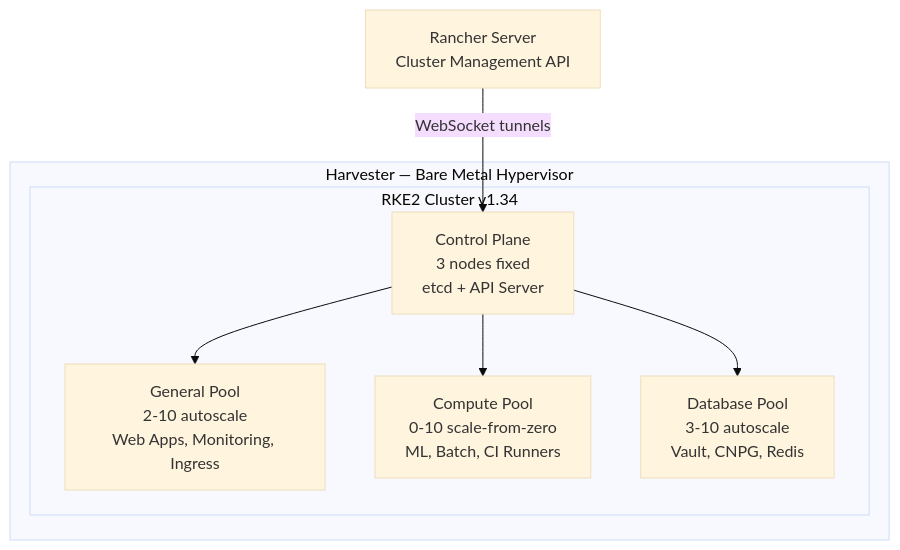
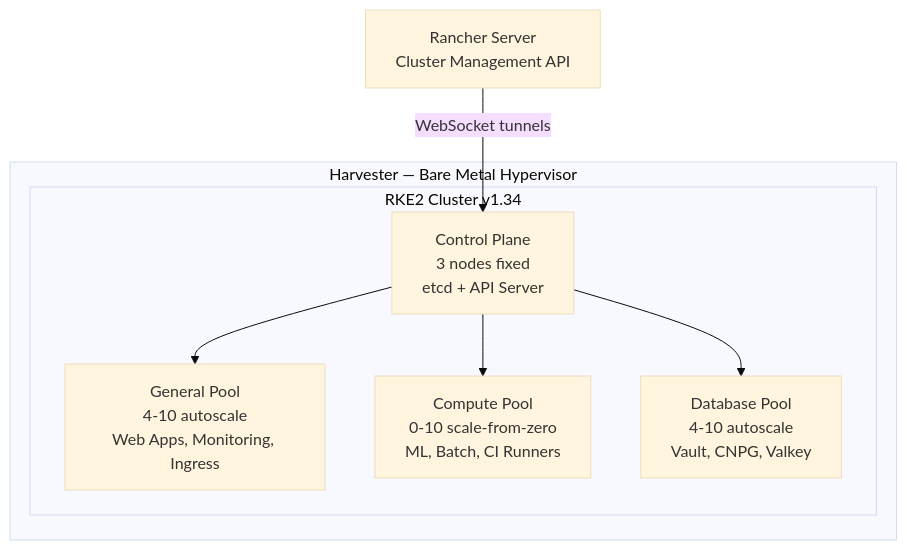
The first of 2 diagrams in README.md (derhornspieler/harvester-rke2-platform), drawn with Mermaid (base theme) before and after one commit. The commit also changed other lines of this file and 40 other files, not shown here.

````diff
--- a/README.md
+++ b/README.md
@@ -28,19 +28,19 @@
 ```mermaid
 graph TD
     Rancher["Rancher Server<br/>Cluster Management API"]
 
     subgraph Harvester["Harvester — Bare Metal Hypervisor"]
         subgraph RKE2["RKE2 Cluster v1.34"]
             CP["Control Plane<br/>3 nodes fixed<br/>etcd + API Server"]
 
-            General["General Pool<br/>2‑10 autoscale<br/>Web Apps, Monitoring, Ingress"]
+            General["General Pool<br/>4‑10 autoscale<br/>Web Apps, Monitoring, Ingress"]
             Compute["Compute Pool<br/>0‑10 scale‑from‑zero<br/>ML, Batch, CI Runners"]
-            Database["Database Pool<br/>3‑10 autoscale<br/>Vault, CNPG, Redis"]
+            Database["Database Pool<br/>4‑10 autoscale<br/>Vault, CNPG, Valkey"]
         end
     end
 
     Rancher -->|"WebSocket tunnels"| CP
     CP --> General
     CP --> Compute
     CP --> Database
 ```
````
